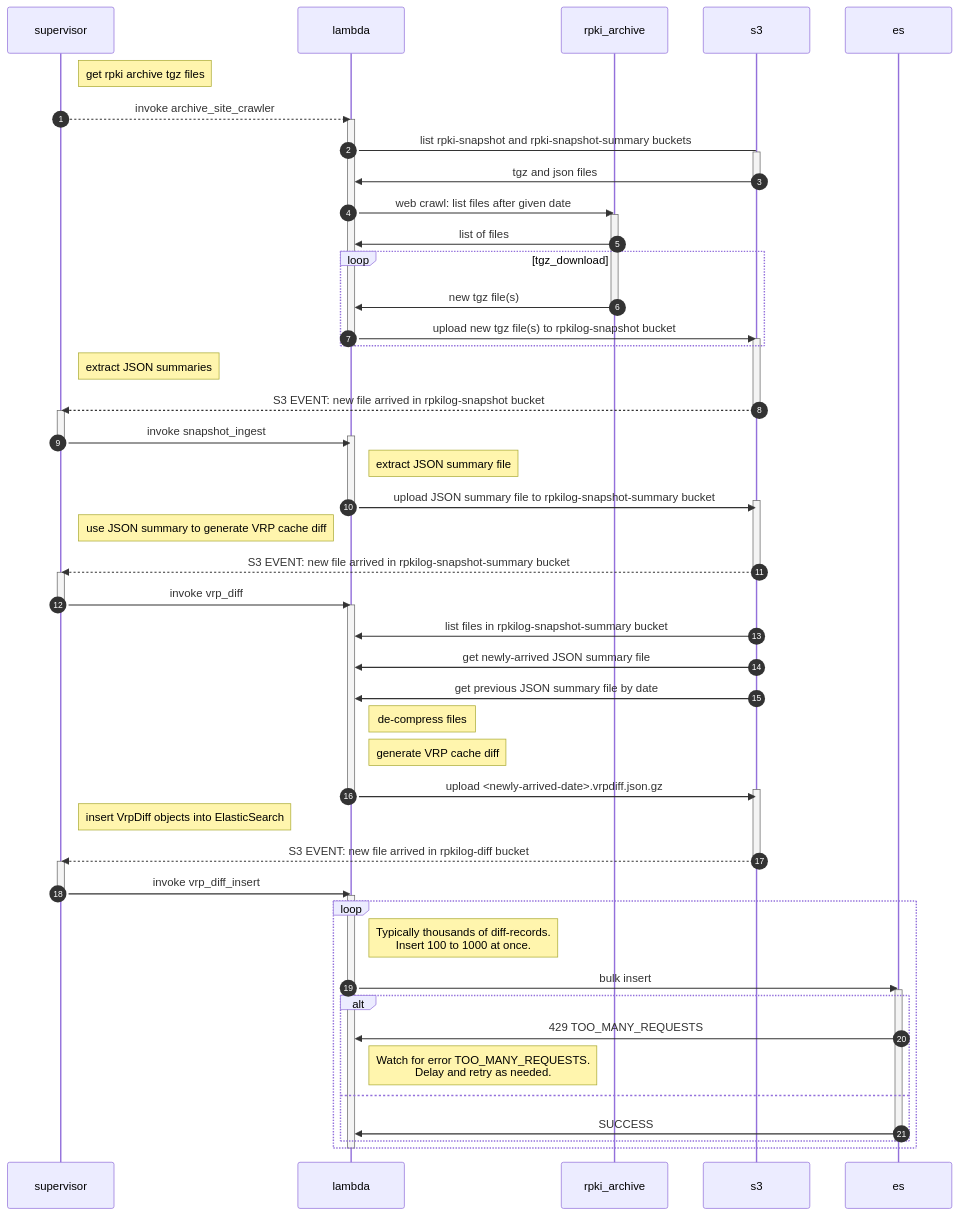
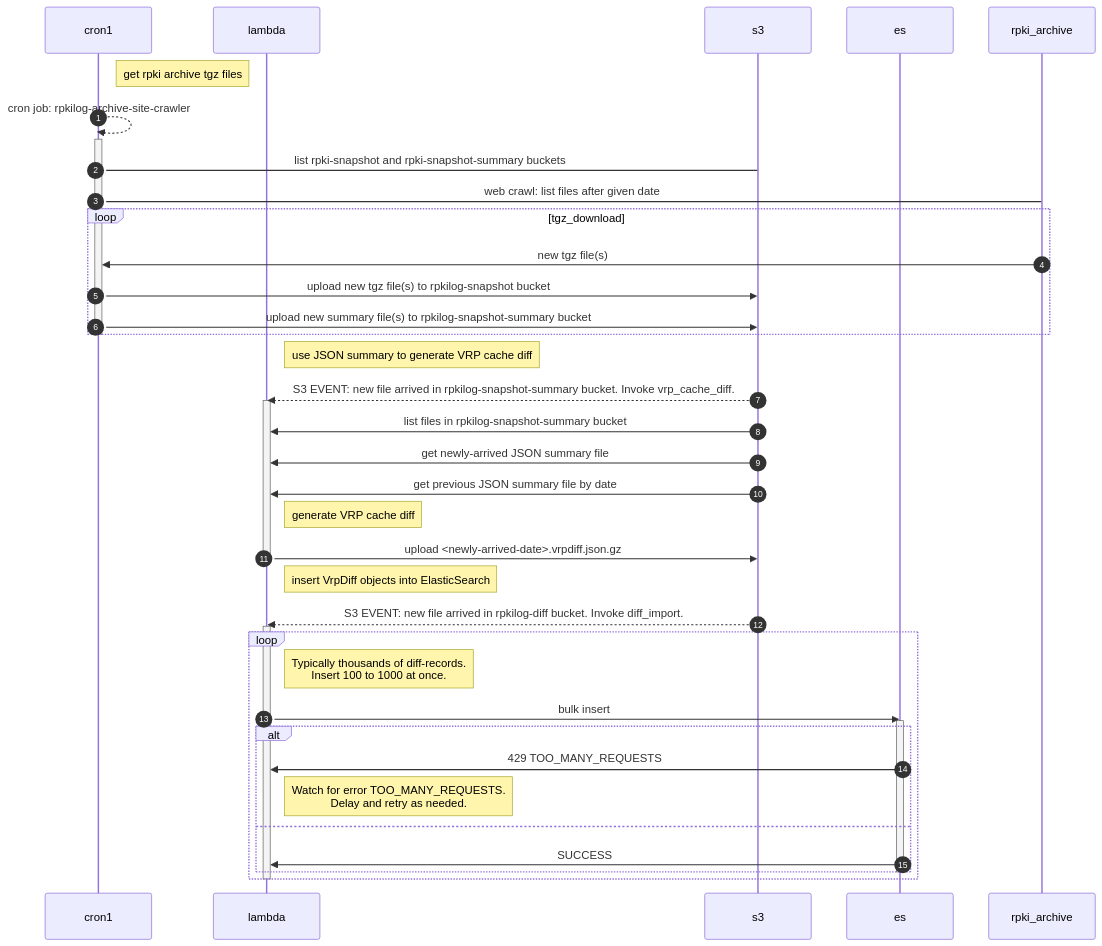
The diagram in doc/ingest.mmd (jeffsw/rpkilog), drawn with Mermaid before and after one commit. The commit also changed 2 other files, not shown here.

Commit message:
Revising ingest mermaid diagram and adding it to README.md

```diff
--- a/doc/ingest.mmd
+++ b/doc/ingest.mmd
@@ -1,75 +1,47 @@
 sequenceDiagram
     autonumber
 
-    participant supervisor
+    participant cron1
     participant lambda
-    participant rpki_archive
     participant s3
     participant es
+    participant rpki_archive
 
-    Note right of supervisor: get rpki archive tgz files
-    supervisor-->>lambda: invoke archive_site_crawler
-    activate lambda
-    lambda->s3: list rpki-snapshot and rpki-snapshot-summary buckets
-    activate s3
-    s3->>lambda: tgz and json files
-    deactivate s3
-    lambda->>rpki_archive: web crawl: list files after given date
-    activate rpki_archive
-    rpki_archive->>lambda: list of files
-    loop tgz_download
-        rpki_archive->>lambda: new tgz file(s)
-        deactivate rpki_archive
-        lambda->>s3: upload new tgz file(s) to rpkilog-snapshot bucket
-        activate s3
-    end
-    deactivate lambda
+    Note right of cron1: get rpki archive tgz files
+    cron1-->>cron1: cron job: rpkilog-archive-site-crawler
+    activate cron1
+        cron1->s3: list rpki-snapshot and rpki-snapshot-summary buckets
+        cron1->rpki_archive: web crawl: list files after given date
+        loop tgz_download
+            rpki_archive->>cron1: new tgz file(s)
+            cron1->>s3: upload new tgz file(s) to rpkilog-snapshot bucket
+            cron1->>s3: upload new summary file(s) to rpkilog-snapshot-summary bucket
+        end
+    deactivate cron1
 
-    Note right of supervisor: extract JSON summaries
-    s3-->>supervisor: S3 EVENT: new file arrived in rpkilog-snapshot bucket
-    deactivate s3
-    activate supervisor
-    supervisor->>lambda: invoke snapshot_ingest
-    activate lambda
-    deactivate supervisor
-    Note right of lambda: extract JSON summary file
-    lambda->>s3: upload JSON summary file to rpkilog-snapshot-summary bucket
-    activate s3
-    deactivate lambda
-
-    Note right of supervisor: use JSON summary to generate VRP cache diff
-    s3-->>supervisor: S3 EVENT: new file arrived in rpkilog-snapshot-summary bucket
-    deactivate s3
-    activate supervisor
-    supervisor->>lambda: invoke vrp_diff
-    deactivate supervisor
+    Note right of lambda: use JSON summary to generate VRP cache diff
+    s3-->>lambda: S3 EVENT: new file arrived in rpkilog-snapshot-summary bucket.  Invoke vrp_cache_diff.
     activate lambda
     s3->>lambda: list files in rpkilog-snapshot-summary bucket
     s3->>lambda: get newly-arrived JSON summary file
     s3->>lambda: get previous JSON summary file by date
-    Note right of lambda: de-compress files
     Note right of lambda: generate VRP cache diff
     lambda->>s3: upload <newly-arrived-date>.vrpdiff.json.gz
-    activate s3
     deactivate lambda
 
-    Note right of supervisor: insert VrpDiff objects into ElasticSearch
-    s3-->>supervisor: S3 EVENT: new file arrived in rpkilog-diff bucket
-    deactivate s3
-    activate supervisor
-    supervisor->>lambda: invoke vrp_diff_insert
-    deactivate supervisor
+    Note right of lambda: insert VrpDiff objects into ElasticSearch
+    s3-->>lambda: S3 EVENT: new file arrived in rpkilog-diff bucket.  Invoke diff_import.
     activate lambda
     loop
         Note right of lambda: Typically thousands of diff-records.<br>Insert 100 to 1000 at once.
         lambda->>es: bulk insert
         activate es
         alt
             es->>lambda: 429 TOO_MANY_REQUESTS
             Note right of lambda: Watch for error TOO_MANY_REQUESTS.<br>Delay and retry as needed.
         else
             es->>lambda: SUCCESS
         end
         deactivate es
     end
     deactivate lambda
```
